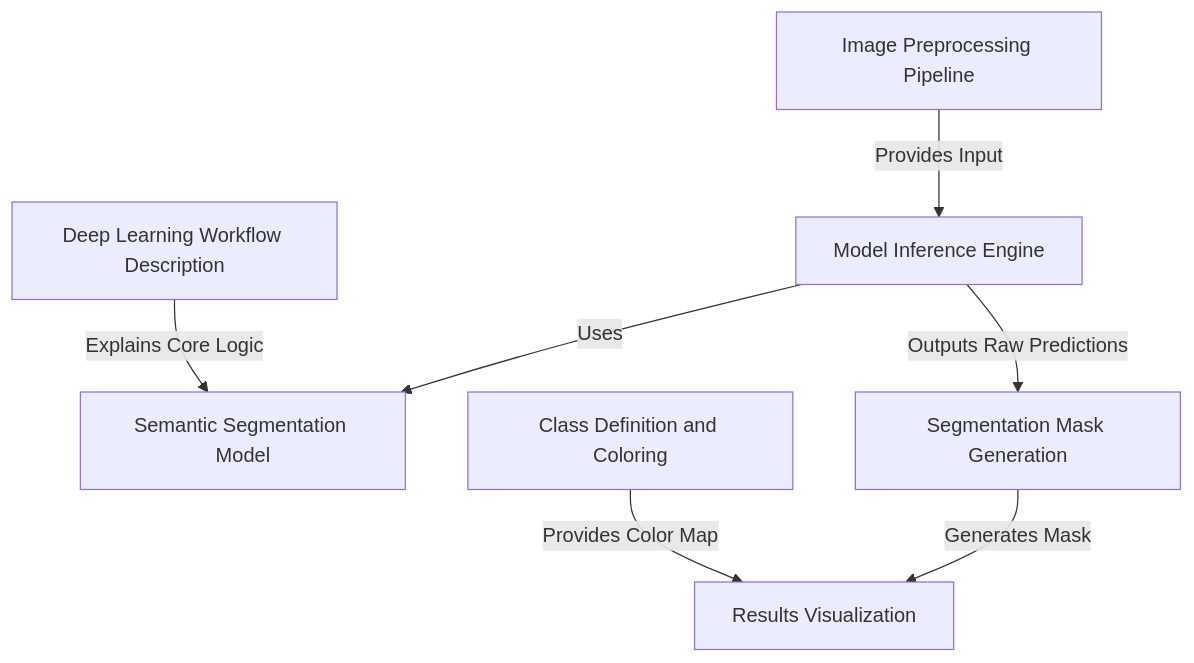
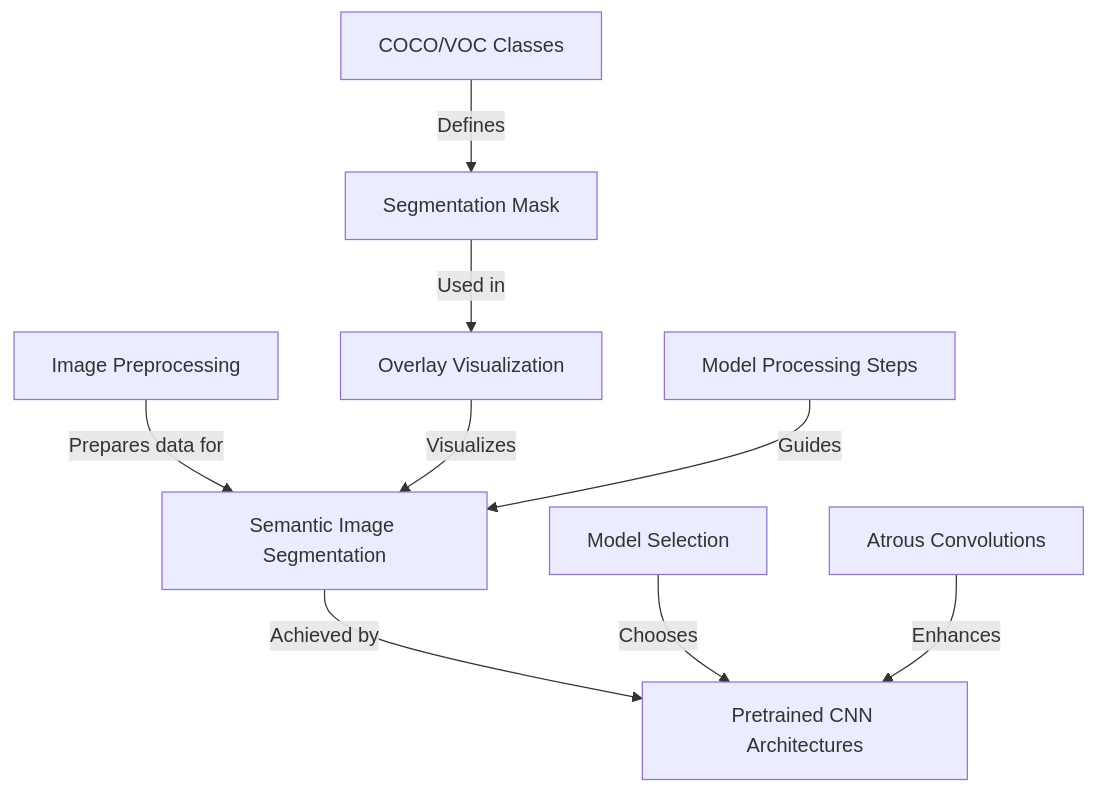
Before and after one commit to mayur200904/Code-Narator: the diagram in output/CNNs-for-Image-Segmentation-using-U-Net-or-FCN-/index.md, drawn with Mermaid. The commit also changed other lines of this file and 49 other files, not shown here.

````diff
--- a/output/CNNs-for-Image-Segmentation-using-U-Net-or-FCN-/index.md
+++ b/output/CNNs-for-Image-Segmentation-using-U-Net-or-FCN-/index.md
@@ -8,23 +8,29 @@
 ```mermaid
 flowchart TD
-    A0["Image Preprocessing Pipeline
+    A0["Semantic Image Segmentation
 "]
-    A1["Semantic Segmentation Model
+    A1["Pretrained CNN Architectures
 "]
-    A2["Model Inference Engine
+    A2["Image Preprocessing
 "]
-    A3["Segmentation Mask Generation
+    A3["Model Selection
 "]
-    A4["Class Definition and Coloring
+    A4["Segmentation Mask
 "]
-    A5["Results Visualization
+    A5["COCO/VOC Classes
 "]
-    A6["Deep Learning Workflow Description
+    A6["Atrous Convolutions
 "]
-    A0 -- "Provides Input" --> A2
-    A2 -- "Uses" --> A1
-    A2 -- "Outputs Raw Predictions" --> A3
-    A3 -- "Generates Mask" --> A5
-    A4 -- "Provides Color Map" --> A5
-    A6 -- "Explains Core Logic" --> A1
+    A7["Overlay Visualization
+"]
+    A8["Model Processing Steps
+"]
+    A0 -- "Achieved by" --> A1
+    A2 -- "Prepares data for" --> A0
+    A3 -- "Chooses" --> A1
+    A4 -- "Used in" --> A7
+    A5 -- "Defines" --> A4
+    A6 -- "Enhances" --> A1
+    A7 -- "Visualizes" --> A0
+    A8 -- "Guides" --> A0
 ```
````
